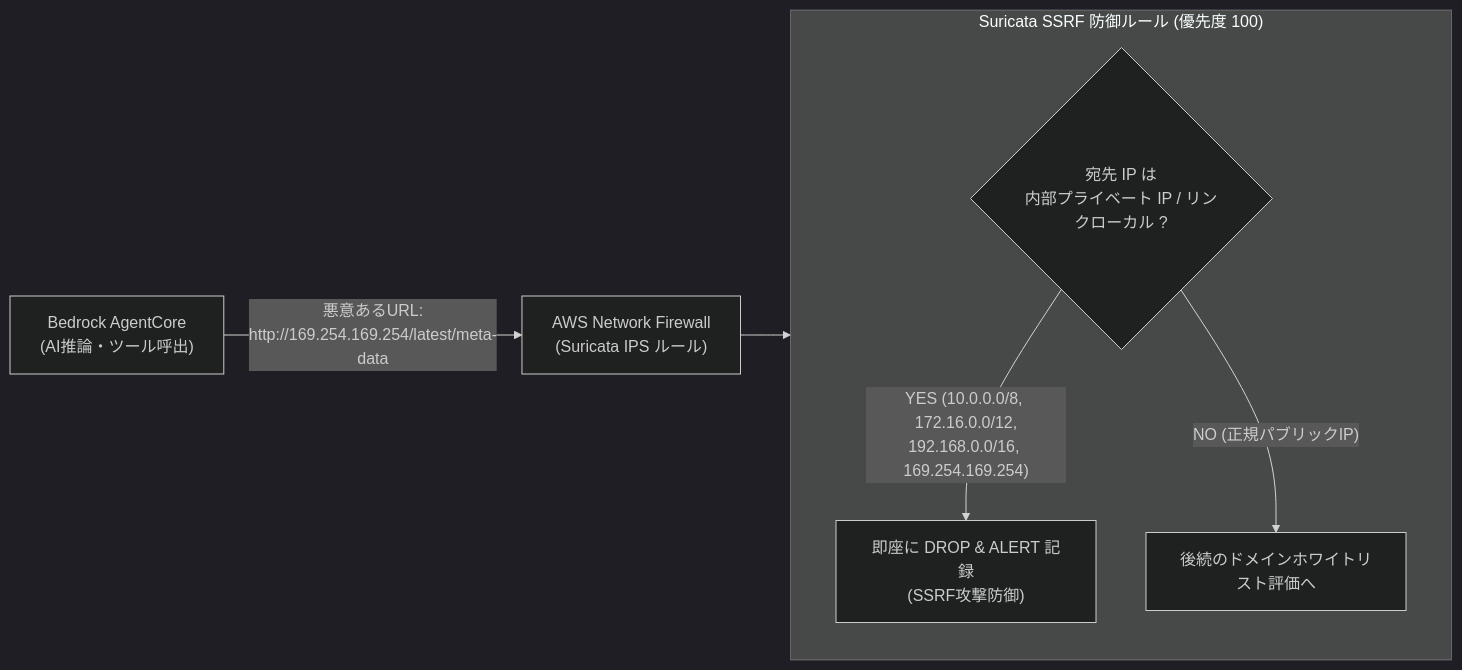
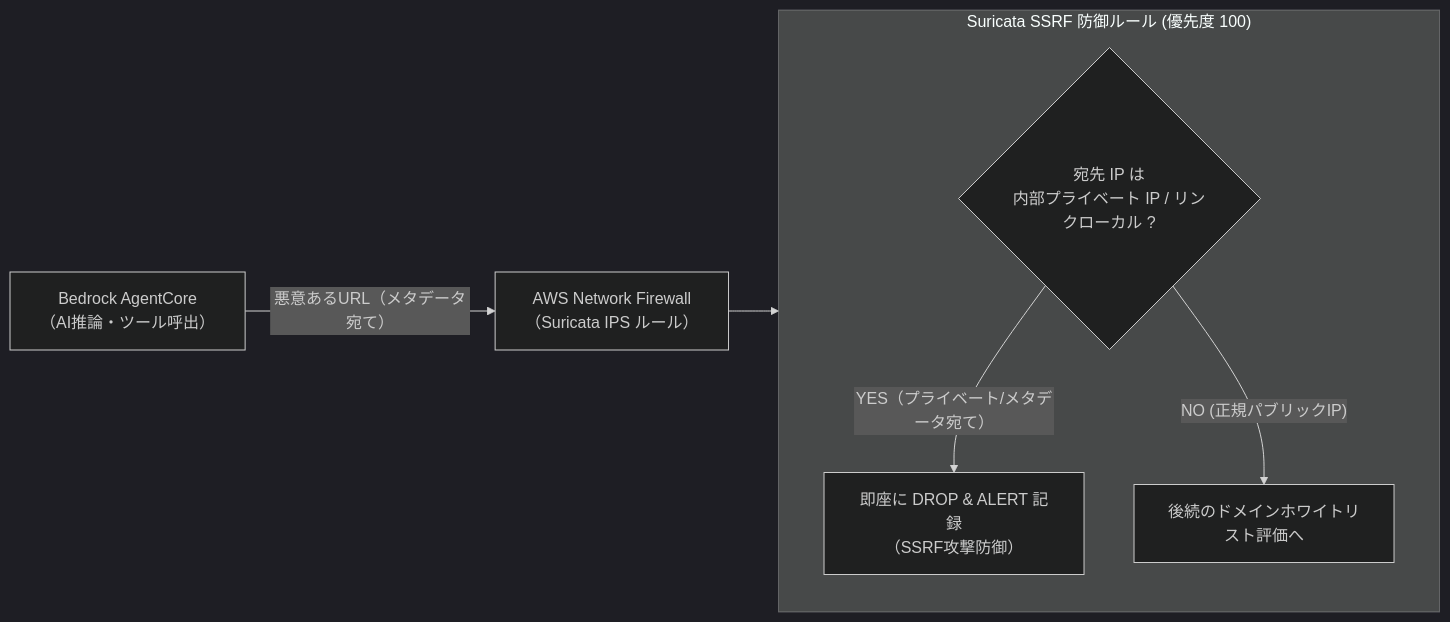
One commit to hide104y/markdown changed the seventh of 9 diagrams in AWS：NetworkFirewall.md. Above: the diagram before and after it, drawn with Mermaid (dark theme). The commit also changed 3 other files, not shown here.

Commit message:
GitHubのMermaidパーサーとの互換性考慮

````diff
--- a/AWS：NetworkFirewall.md
+++ b/AWS：NetworkFirewall.md
@@ -1030,12 +1030,12 @@
 ```mermaid
 flowchart LR
-    Bedrock["Bedrock AgentCore<br>(AI推論・ツール呼出)"] -->|悪意あるURL:<br>http://169.254.169.254/latest/meta-data| NFW["AWS Network Firewall<br>(Suricata IPS ルール)"]
+    Bedrock["Bedrock AgentCore<br>（AI推論・ツール呼出）"] -->|"悪意あるURL（メタデータ宛て）"| NFW["AWS Network Firewall<br>（Suricata IPS ルール）"]
     
     subgraph Suricata_Check ["Suricata SSRF 防御ルール (優先度 100)"]
         Check{"宛先 IP は<br>内部プライベート IP / リンクローカル ?"}
-        Check -->|"YES (10.0.0.0/8, 172.16.0.0/12,<br>192.168.0.0/16, 169.254.169.254)"| DropAction["即座に DROP & ALERT 記録<br>(SSRF攻撃防御)"]
+        Check -->|"YES（プライベート/メタデータ宛て）"| DropAction["即座に DROP & ALERT 記録<br>（SSRF攻撃防御）"]
         Check -->|"NO (正規パブリックIP)"| NextCheck["後続のドメインホワイトリスト評価へ"]
     end
 
     NFW --> Suricata_Check
 ```
````
